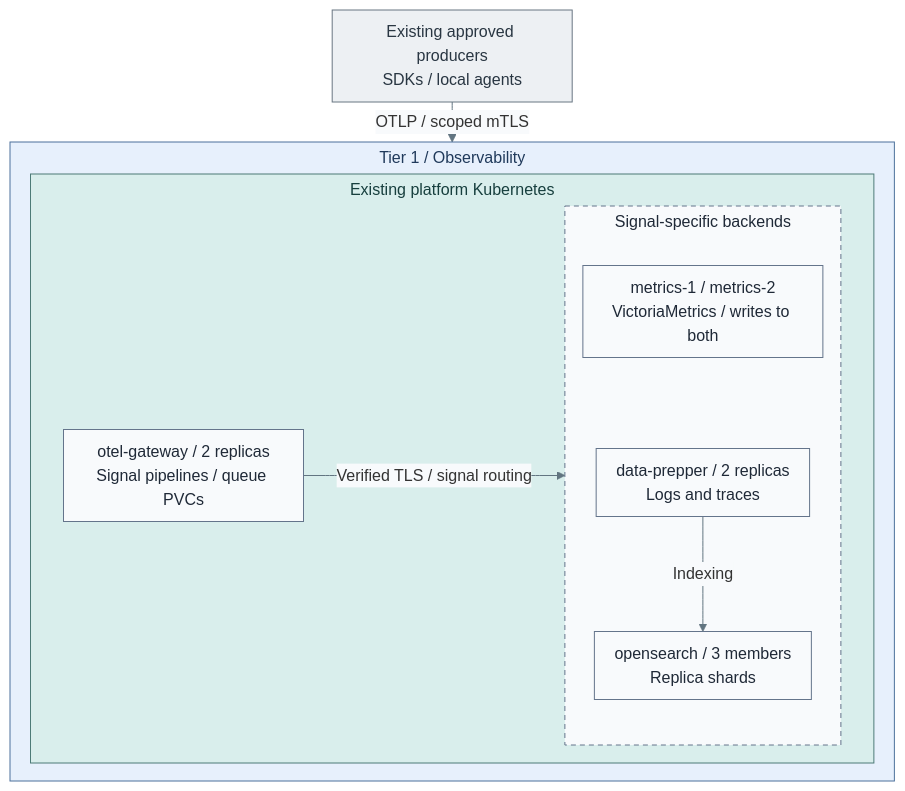
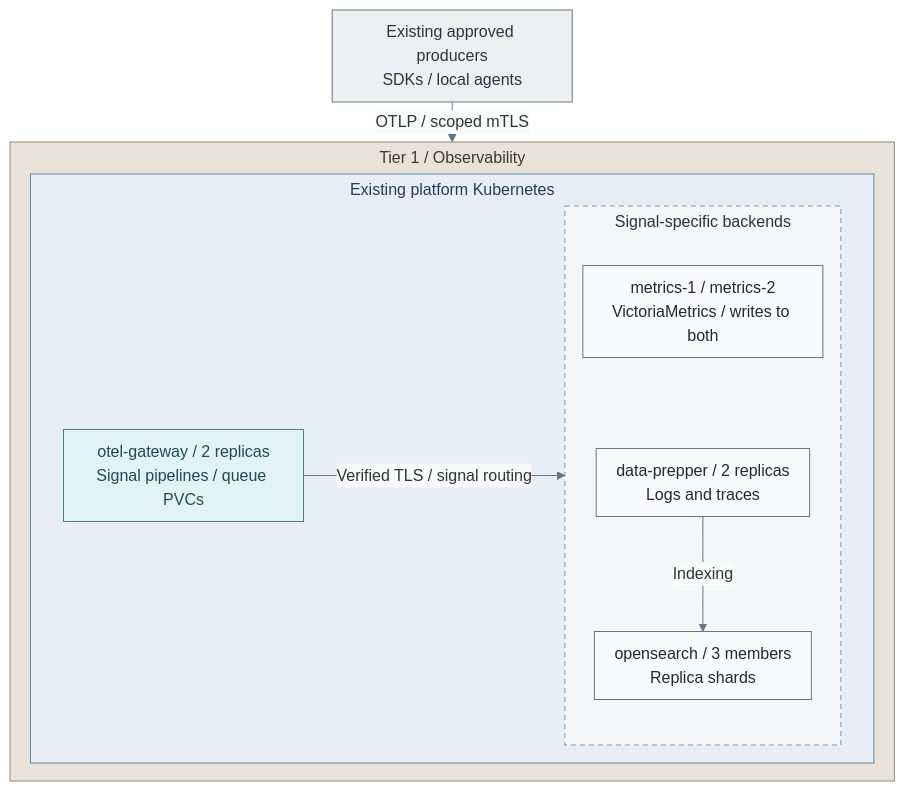
The second of 4 diagrams in docs/03-deployment/stage-8-observability/README.md (Rexus/homelab), drawn with Mermaid before and after one commit. The commit also changed other lines of this file and 108 other files, not shown here.

Commit message:
docs(diagrams): unify visual language and opening views

````diff
--- a/docs/03-deployment/stage-8-observability/README.md
+++ b/docs/03-deployment/stage-8-observability/README.md
@@ -286,30 +290,34 @@
 ```mermaid
 %%{init: {"theme":"base","flowchart":{"nodeSpacing":16,"rankSpacing":16,"padding":10,"subGraphTitleMargin":{"top":4,"bottom":10}},"themeVariables":{"lineColor":"#627581","edgeLabelBackground":"#f8fafc"}}}%%
 flowchart TB
   Apps["Existing approved producers<br/>SDKs / local agents"]
   subgraph T1["Tier 1 / Observability"]
     subgraph Cluster["Existing platform Kubernetes"]
       direction LR
       Gateway["otel-gateway / 2 replicas<br/>Signal pipelines / queue PVCs"]
       subgraph Backends["Signal-specific backends"]
         direction TB
         Metrics["metrics-1 / metrics-2<br/>VictoriaMetrics / writes to both"]
         Prepper["data-prepper / 2 replicas<br/>Logs and traces"]
         Search["opensearch / 3 members<br/>Replica shards"]
         Metrics ~~~ Prepper
         Prepper -->|Indexing| Search
       end
       Gateway -->|Verified TLS / signal routing| Backends
     end
   end
   Apps -->|OTLP / scoped mTLS| T1
   classDef default fill:#f8fafc,stroke:#64748b,color:#1f2937
   classDef services fill:#e7f0fc,stroke:#4d719b,color:#203a5b
   classDef runtime fill:#d9eeec,stroke:#4d7b77,color:#173f3e
-  classDef replicas fill:#f8fafc,stroke:#64748b,color:#1f2937,stroke-dasharray:5 4
+  classDef replicas fill:#f5f6f7,stroke:#89939e,color:#273340,stroke-dasharray:5 4
   classDef actor fill:#edf0f3,stroke:#697682,color:#293642
-  class T1 services
-  class Cluster runtime
   class Backends replicas
   class Apps actor
+  classDef kubernetes fill:#e8eef6,stroke:#6b83a3,color:#263d59
+  class Cluster kubernetes
+  classDef traffic fill:#e1f3f5,stroke:#4c7f88,color:#214a52
+  class Gateway traffic
+  classDef tier1 fill:#e9e2d8,stroke:#968976,color:#44382a
+  class T1 tier1
 ```
````
